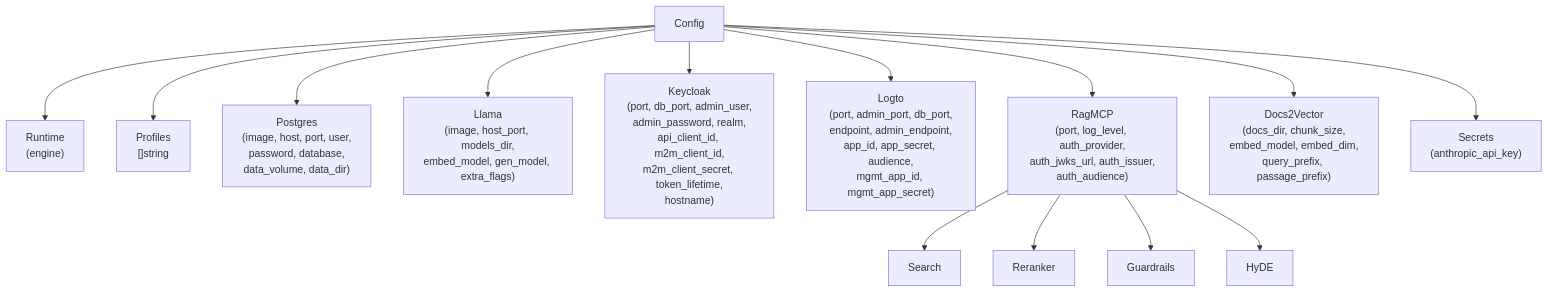
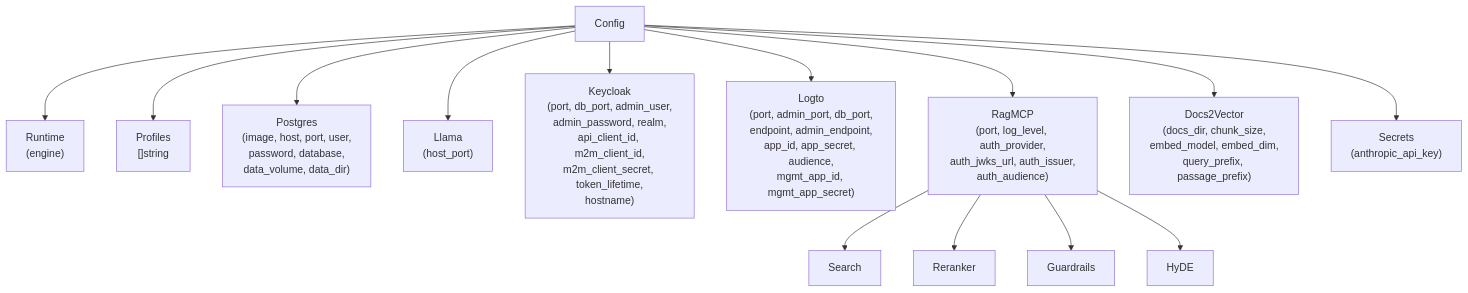
One commit to BrightSign-Playground/mcp-server-compose changed the first of 2 diagrams in docs/DESIGN.md. Above: the diagram before and after it, drawn with Mermaid. The commit also changed other lines of this file and 13 other files, not shown here.

````diff
--- a/docs/DESIGN.md
+++ b/docs/DESIGN.md
@@ -80,16 +80,16 @@
 ```mermaid
 graph TD
     C["Config"] --> RT["Runtime\n(engine)"]
     C --> PR["Profiles\n[]string"]
     C --> PG["Postgres\n(image, host, port, user,\npassword, database,\ndata_volume, data_dir)"]
-    C --> LL["Llama\n(image, host_port, models_dir,\nembed_model, gen_model, extra_flags)"]
+    C --> LL["Llama\n(host_port)"]
     C --> KC["Keycloak\n(port, db_port, admin_user,\nadmin_password, realm,\napi_client_id, m2m_client_id,\nm2m_client_secret, token_lifetime,\nhostname)"]
     C --> LO["Logto\n(port, admin_port, db_port,\nendpoint, admin_endpoint,\napp_id, app_secret, audience,\nmgmt_app_id, mgmt_app_secret)"]
     C --> RM["RagMCP\n(port, log_level, auth_provider,\nauth_jwks_url, auth_issuer,\nauth_audience)"]
     C --> DV["Docs2Vector\n(docs_dir, chunk_size,\nembed_model, embed_dim,\nquery_prefix, passage_prefix)"]
     C --> SE["Secrets\n(anthropic_api_key)"]
     RM --> RMS["Search"]
     RM --> RMR["Reranker"]
     RM --> RMG["Guardrails"]
     RM --> RMH["HyDE"]
 ```
````
